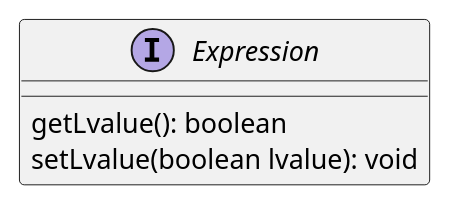
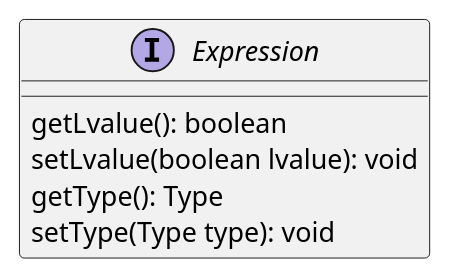
The diagram in diagrams/expression.pu (InigoGutierrez/CmmCompiler), drawn with PlantUML before and after one commit. The commit also changed 31 other files, not shown here.

```diff
--- a/diagrams/expression.pu
+++ b/diagrams/expression.pu
@@ -1,8 +1,10 @@
 @startuml
 
 interface Expression
 
 Expression : getLvalue(): boolean
 Expression : setLvalue(boolean lvalue): void
+Expression : getType(): Type
+Expression : setType(Type type): void
 
 @enduml
```
